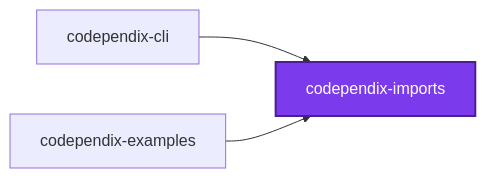
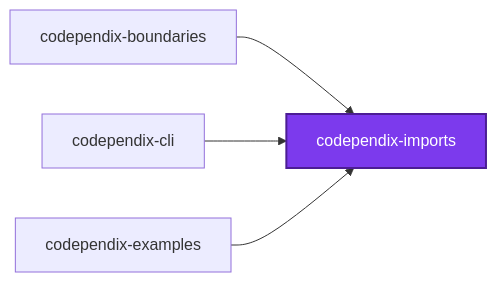
One commit to JimmyPaolini/codebase changed the first of 3 diagrams in packages/codependix-imports/README.md. Above: the diagram before and after it, drawn with Mermaid. The commit also changed 19 other files, not shown here.

````diff
--- a/packages/codependix-imports/README.md
+++ b/packages/codependix-imports/README.md
@@ -14,10 +14,12 @@
 ```mermaid
 graph LR
+  codependix_boundaries["codependix-boundaries"]
   codependix_cli["codependix-cli"]
   codependix_examples["codependix-examples"]
   codependix_imports["codependix-imports"]
+  codependix_boundaries --> codependix_imports
   codependix_cli --> codependix_imports
   codependix_examples --> codependix_imports
   classDef subject fill:#7c3aed,color:#fff,stroke:#4c1d95,stroke-width:2px
   class codependix_imports subject
 ```
````
